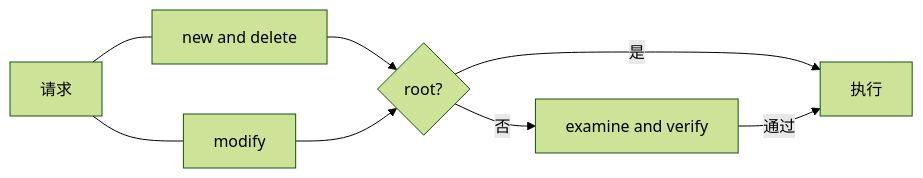
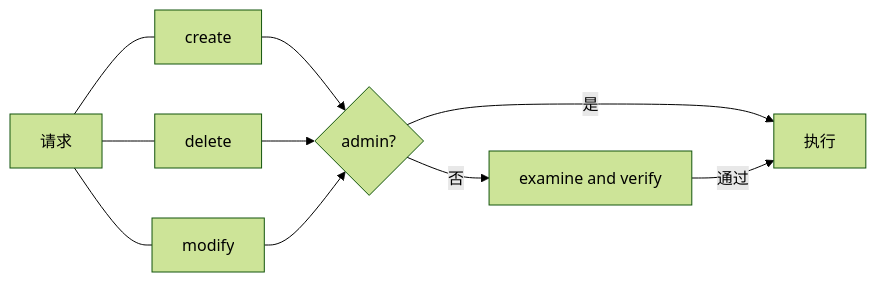
Before and after one commit to TouhouCloudMusic/thcdb: the third of 3 diagrams in server/docs/architecture/data_management/design.md, drawn with Mermaid (forest theme). The commit also changed other lines of this file and 27 other files, not shown here.

````diff
--- a/server/docs/architecture/data_management/design.md
+++ b/server/docs/architecture/data_management/design.md
@@ -78,14 +102,14 @@
 ```mermaid
 flowchart LR
     input[请求]
     modify[modify]
-    new_and_delete[new and delete]
+    create[create]
+    delete[delete]
     examine_and_verify[examine and verify]
-    permission{root?}
+    permission{admin?}
     output[执行]
-    input --- new_and_delete --> permission;
-    input --- modify --> permission;
+    input --- create & delete & modify --> permission;
     permission --否--> examine_and_verify;
     permission --是--> output;
     examine_and_verify --通过--> output;
 ```
````
